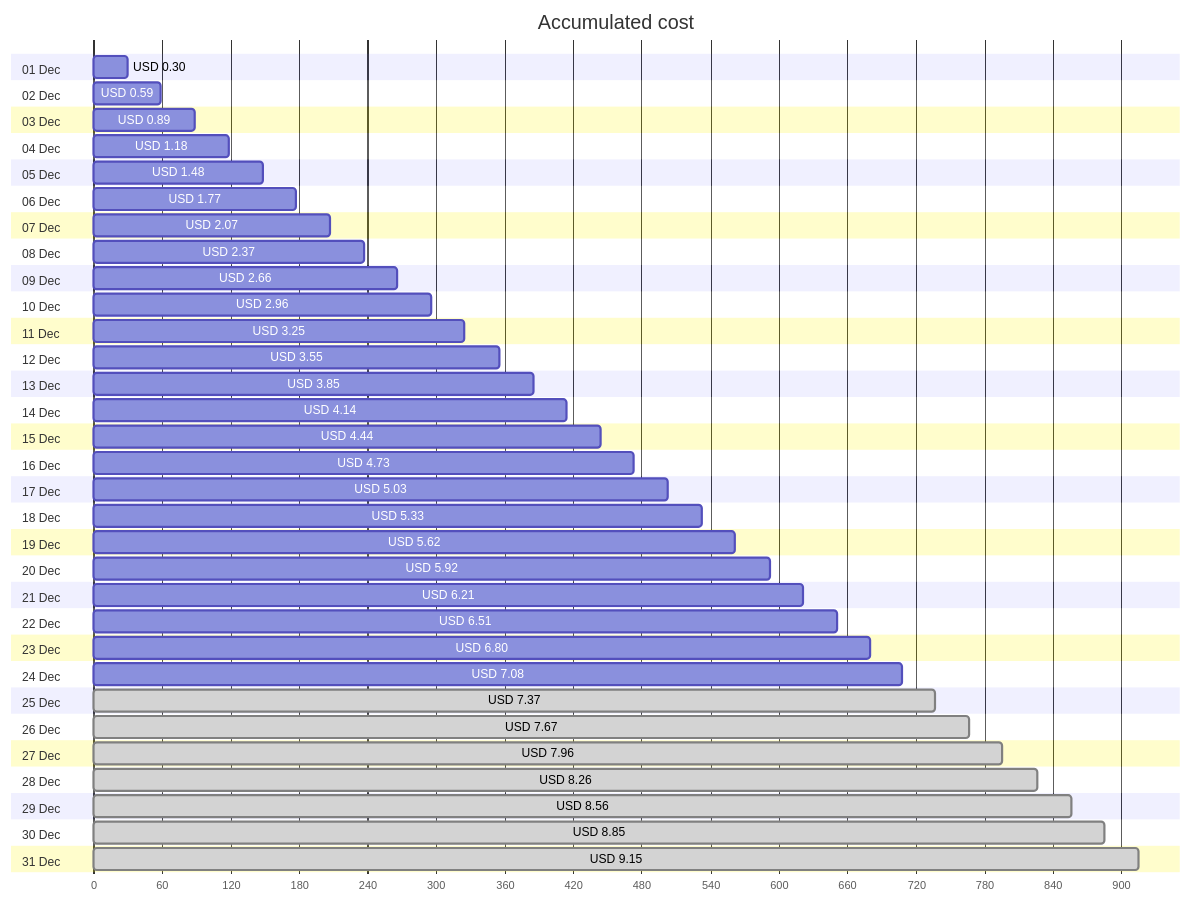
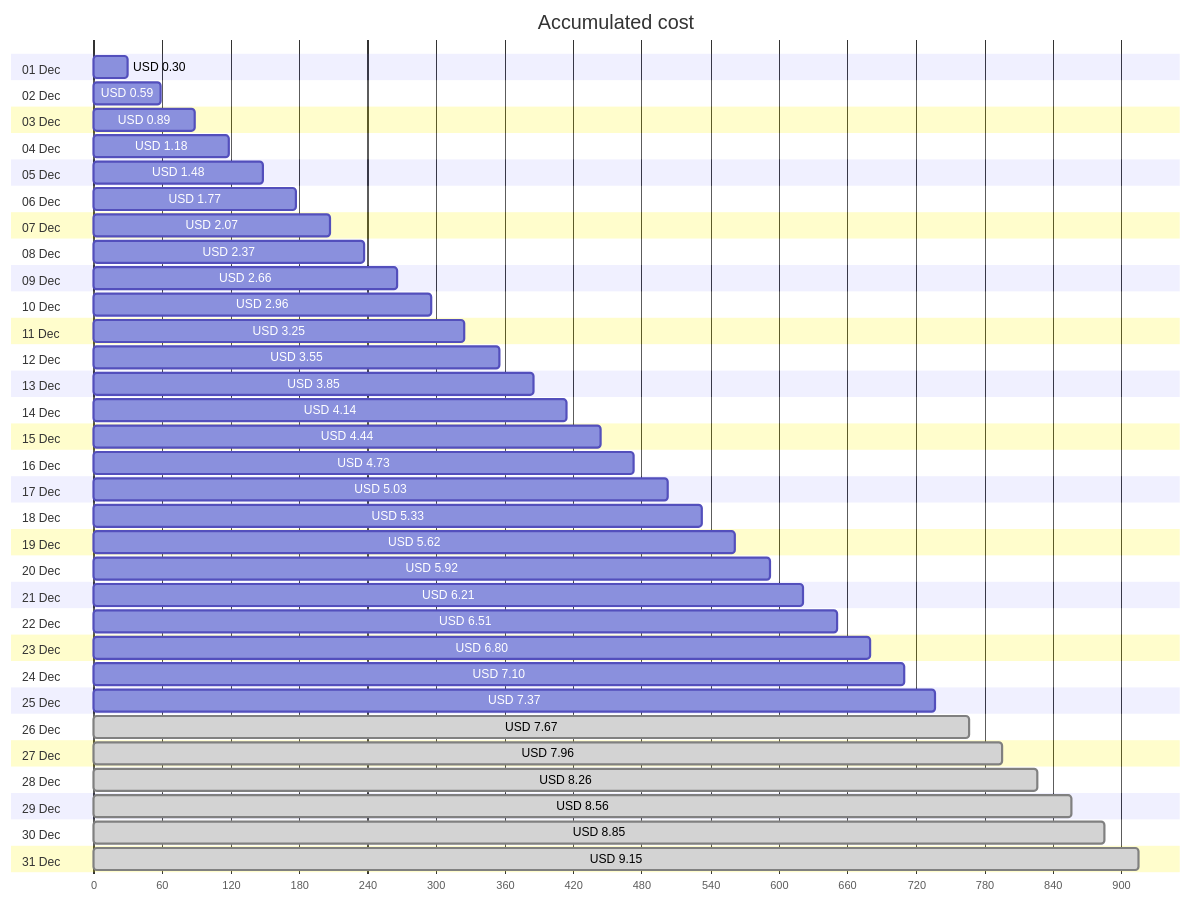
The first of 4 diagrams in cost-reports/personal-site/personal-site-preview.md (jpfulton/azure-personal-reports), drawn with Mermaid before and after one commit. The commit also changed other lines of this file and 6 other files, not shown here.

````diff
--- a/cost-reports/personal-site/personal-site-preview.md
+++ b/cost-reports/personal-site/personal-site-preview.md
@@ -20,68 +20,68 @@
 ```mermaid
 gantt
    title Accumulated cost
    dateFormat  X
    axisFormat %s
    section 01 Dec
    USD 0.30 :0, 30
    section 02 Dec
    USD 0.59 :0, 59
    section 03 Dec
    USD 0.89 :0, 89
    section 04 Dec
    USD 1.18 :0, 118
    section 05 Dec
    USD 1.48 :0, 148
    section 06 Dec
    USD 1.77 :0, 177
    section 07 Dec
    USD 2.07 :0, 207
    section 08 Dec
    USD 2.37 :0, 237
    section 09 Dec
    USD 2.66 :0, 266
    section 10 Dec
    USD 2.96 :0, 296
    section 11 Dec
    USD 3.25 :0, 325
    section 12 Dec
    USD 3.55 :0, 355
    section 13 Dec
    USD 3.85 :0, 385
    section 14 Dec
    USD 4.14 :0, 414
    section 15 Dec
    USD 4.44 :0, 444
    section 16 Dec
    USD 4.73 :0, 473
    section 17 Dec
    USD 5.03 :0, 503
    section 18 Dec
    USD 5.33 :0, 533
    section 19 Dec
    USD 5.62 :0, 562
    section 20 Dec
    USD 5.92 :0, 592
    section 21 Dec
    USD 6.21 :0, 621
    section 22 Dec
    USD 6.51 :0, 651
    section 23 Dec
    USD 6.80 :0, 680
    section 24 Dec
-   USD 7.08 :0, 708
+   USD 7.10 :0, 710
    section 25 Dec
-   USD 7.37 : done, 0, 737
+   USD 7.37 :0, 737
    section 26 Dec
    USD 7.67 : done, 0, 767
    section 27 Dec
    USD 7.96 : done, 0, 796
    section 28 Dec
    USD 8.26 : done, 0, 826
    section 29 Dec
    USD 8.56 : done, 0, 856
    section 30 Dec
    USD 8.85 : done, 0, 885
    section 31 Dec
    USD 9.15 : done, 0, 915
 ```
````
